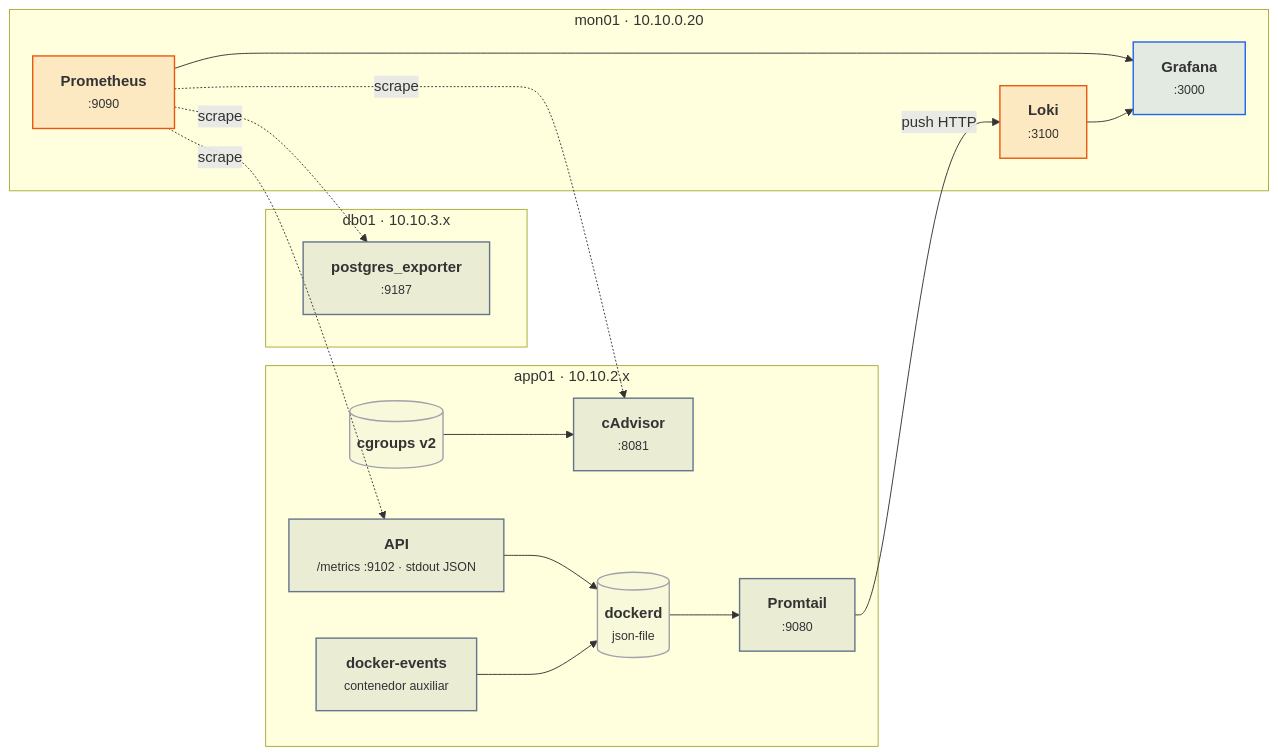
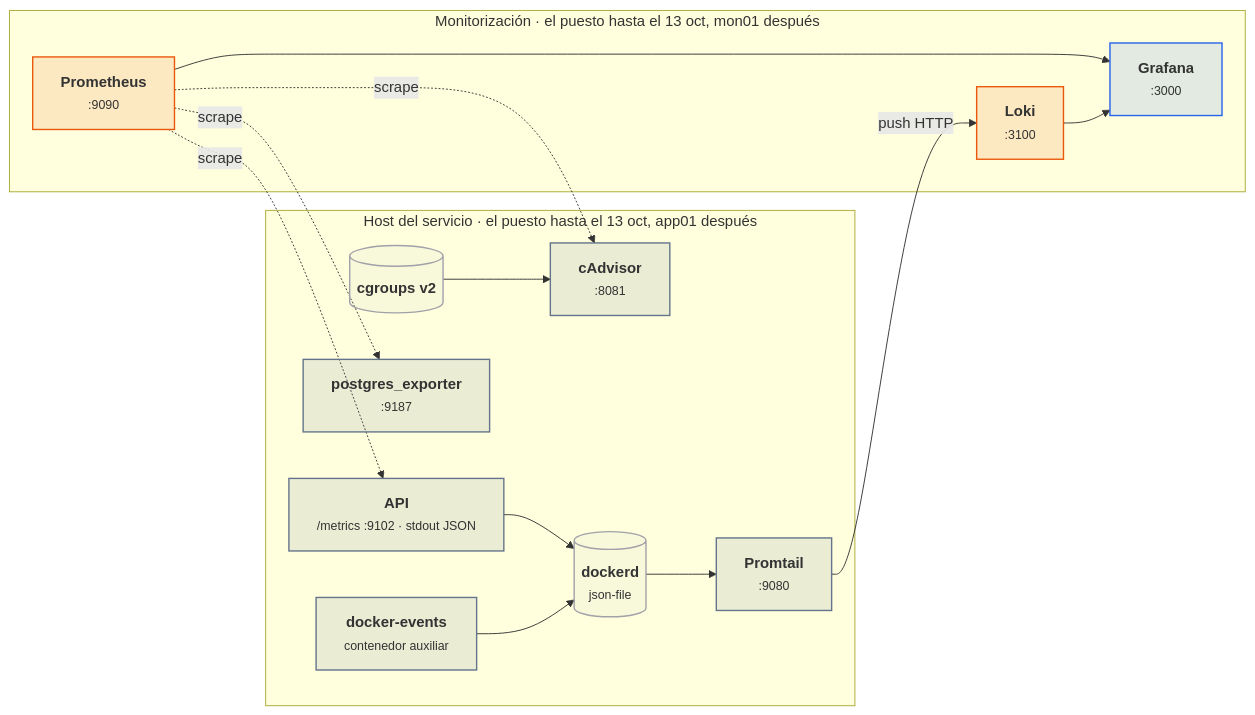
Before and after one commit to victor-educ/apuntes-5169: the first of 8 diagrams in docs/ut/ut1-observabilidad.md, drawn with Mermaid. The commit also changed other lines of this file and 16 other files, not shown here.

````diff
--- a/docs/ut/ut1-observabilidad.md
+++ b/docs/ut/ut1-observabilidad.md
@@ -83,35 +84,33 @@
 ```mermaid
 flowchart LR
-    subgraph app01["app01 · 10.10.2.x"]
+    subgraph app01["Host del servicio · el puesto hasta el 13 oct, app01 después"]
         api["<b>API</b><br><small>/metrics :9102 · stdout JSON</small>"]:::pieza
         cad["<b>cAdvisor</b><br><small>:8081</small>"]:::pieza
+        pgx["<b>postgres_exporter</b><br><small>:9187</small>"]:::pieza
         ev["<b>docker-events</b><br><small>contenedor auxiliar</small>"]:::pieza
         pt["<b>Promtail</b><br><small>:9080</small>"]:::pieza
         dk[("<b>dockerd</b><br><small>json-file</small>")]:::infra
         cg[("<b>cgroups v2</b>")]:::infra
         cg --> cad
         api --> dk
         ev --> dk
         dk --> pt
     end
-    subgraph db01["db01 · 10.10.3.x"]
-        pgx["<b>postgres_exporter</b><br><small>:9187</small>"]:::pieza
-    end
-    subgraph mon01["mon01 · 10.10.0.20"]
+    subgraph mon01["Monitorización · el puesto hasta el 13 oct, mon01 después"]
         prom["<b>Prometheus</b><br><small>:9090</small>"]:::act
         loki["<b>Loki</b><br><small>:3100</small>"]:::act
         graf["<b>Grafana</b><br><small>:3000</small>"]:::dato
         prom --> graf
         loki --> graf
     end
     prom -.->|scrape| api
     prom -.->|scrape| cad
     prom -.->|scrape| pgx
     pt -->|push HTTP| loki
     classDef act fill:#ea580c22,stroke:#ea580c,stroke-width:1.5px
     classDef pieza fill:#64748b22,stroke:#64748b,stroke-width:1.5px
     classDef dato fill:#2563eb22,stroke:#2563eb,stroke-width:1.5px
     classDef infra fill:#a1a1aa14,stroke:#a1a1aa,stroke-width:1.5px
     classDef ok fill:#16a34a22,stroke:#16a34a,stroke-width:1.5px
     classDef riesgo fill:#dc262622,stroke:#dc2626,stroke-width:1.5px
 ```
````
